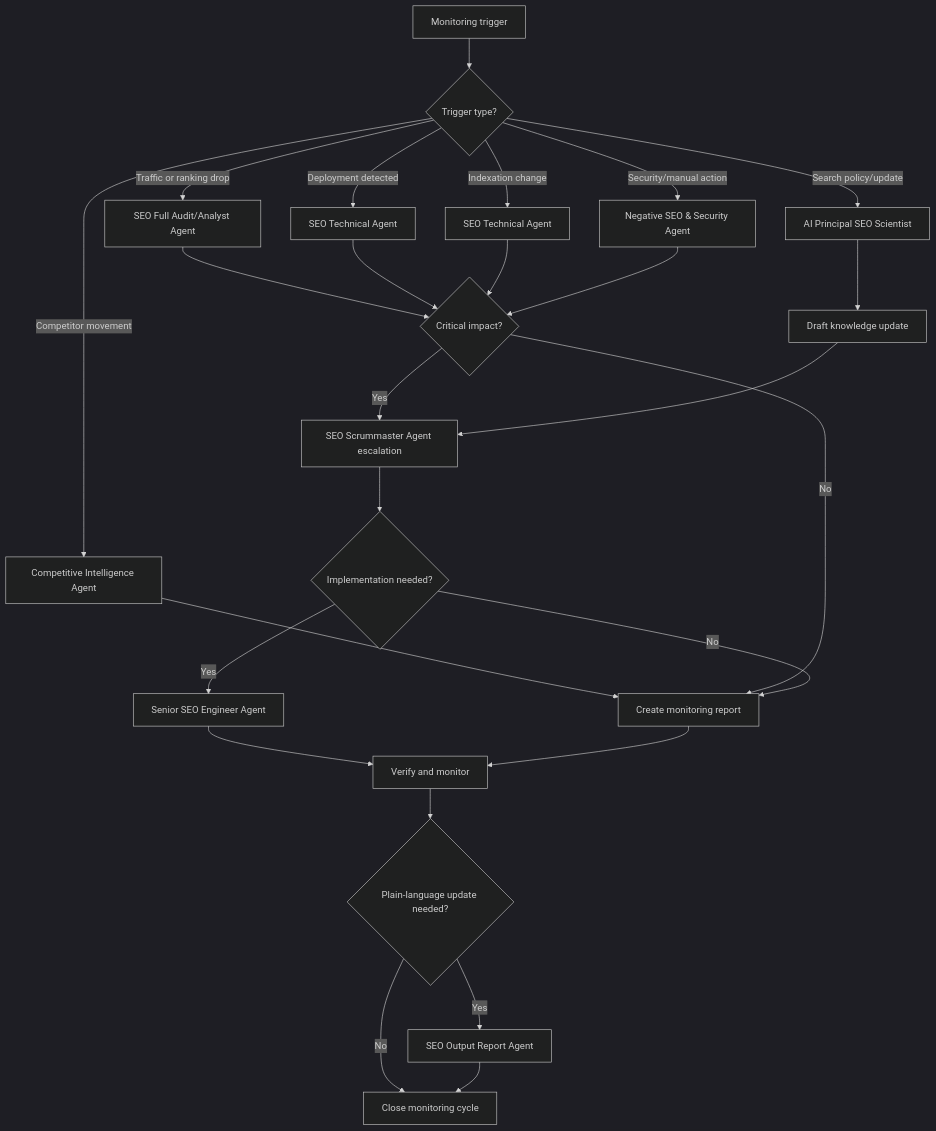
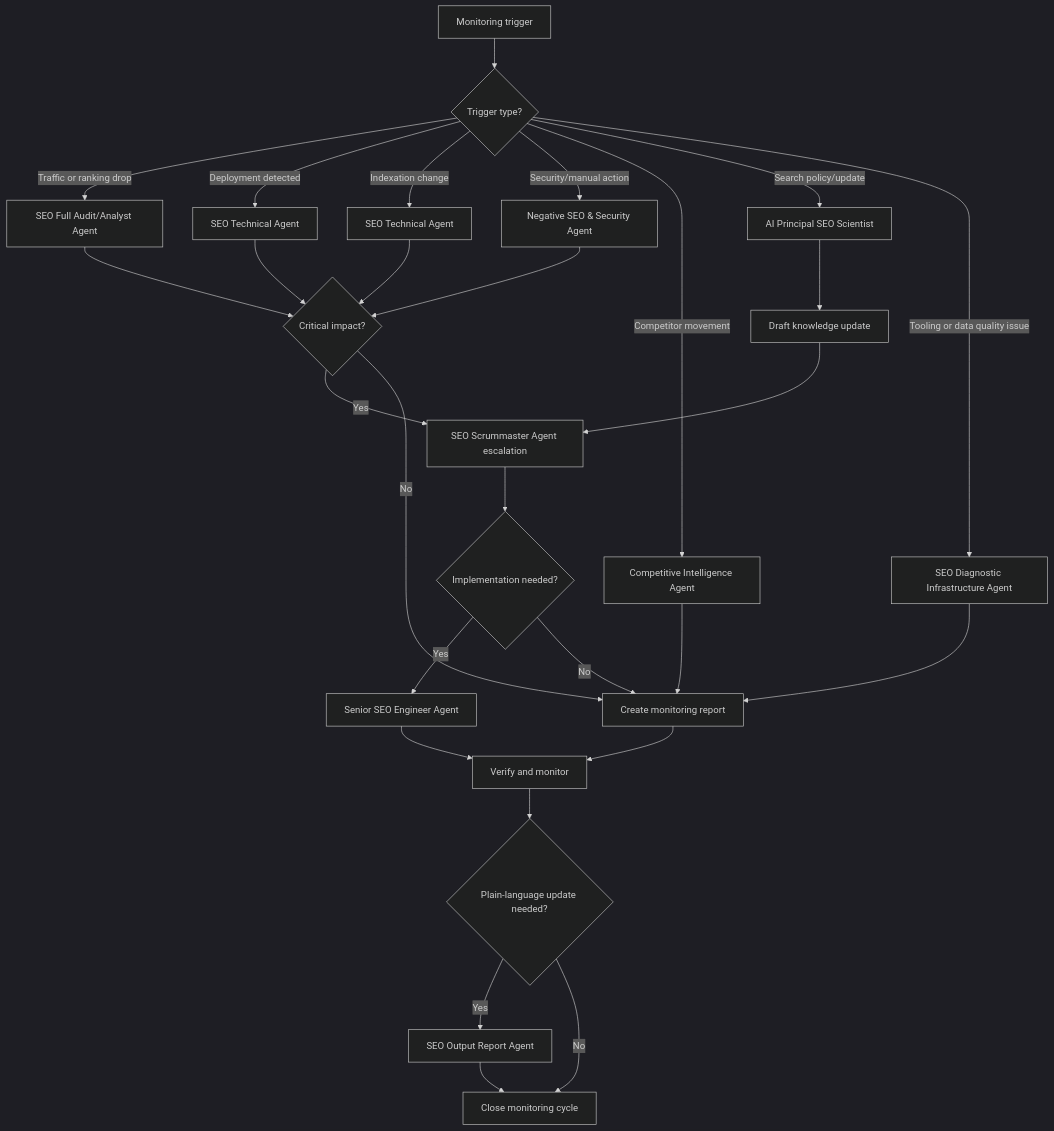
Before and after one commit to wfprieto/World-Class-SEO-Agent-System: the diagram in workflows/monitoring-workflow.md, drawn with Mermaid (dark theme). The commit also changed 11 other files, not shown here.

Commit message:
Add SEO diagnostic infrastructure agent

````diff
--- a/workflows/monitoring-workflow.md
+++ b/workflows/monitoring-workflow.md
@@ -7,28 +7,30 @@
 ```mermaid
 flowchart TD
   A["Monitoring trigger"] --> B{"Trigger type?"}
   B -->|Traffic or ranking drop| C["SEO Full Audit/Analyst Agent"]
   B -->|Deployment detected| D["SEO Technical Agent"]
   B -->|Indexation change| E["SEO Technical Agent"]
   B -->|Security/manual action| F["Negative SEO & Security Agent"]
   B -->|Competitor movement| G["Competitive Intelligence Agent"]
   B -->|Search policy/update| H["AI Principal SEO Scientist"]
+  B -->|Tooling or data quality issue| S["SEO Diagnostic Infrastructure Agent"]
   C --> I{"Critical impact?"}
   D --> I
   E --> I
   F --> I
   G --> J["Create monitoring report"]
   H --> K["Draft knowledge update"]
+  S --> J
   I -->|Yes| L["SEO Scrummaster Agent escalation"]
   I -->|No| J
   L --> M{"Implementation needed?"}
   M -->|Yes| N["Senior SEO Engineer Agent"]
   M -->|No| J
   N --> O["Verify and monitor"]
   J --> O
   K --> L
   O --> P{"Plain-language update needed?"}
   P -->|Yes| Q["SEO Output Report Agent"]
   P -->|No| R["Close monitoring cycle"]
   Q --> R
 ```
````
